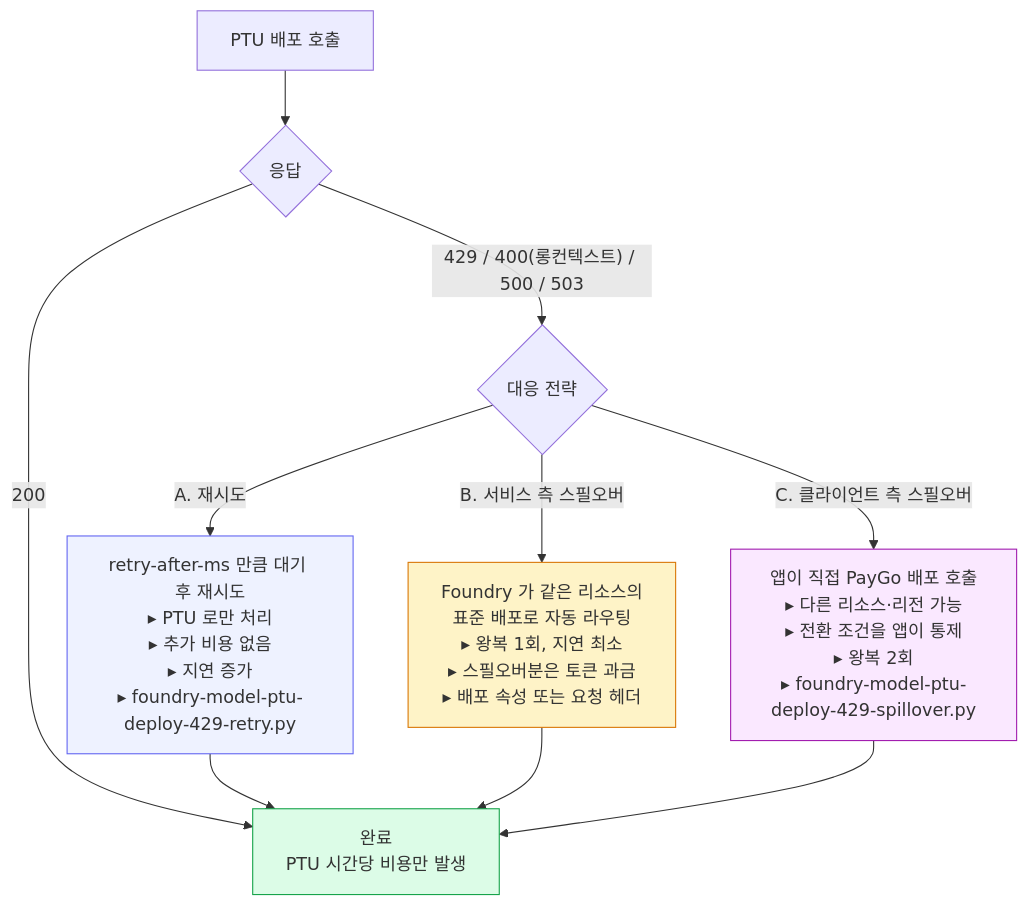
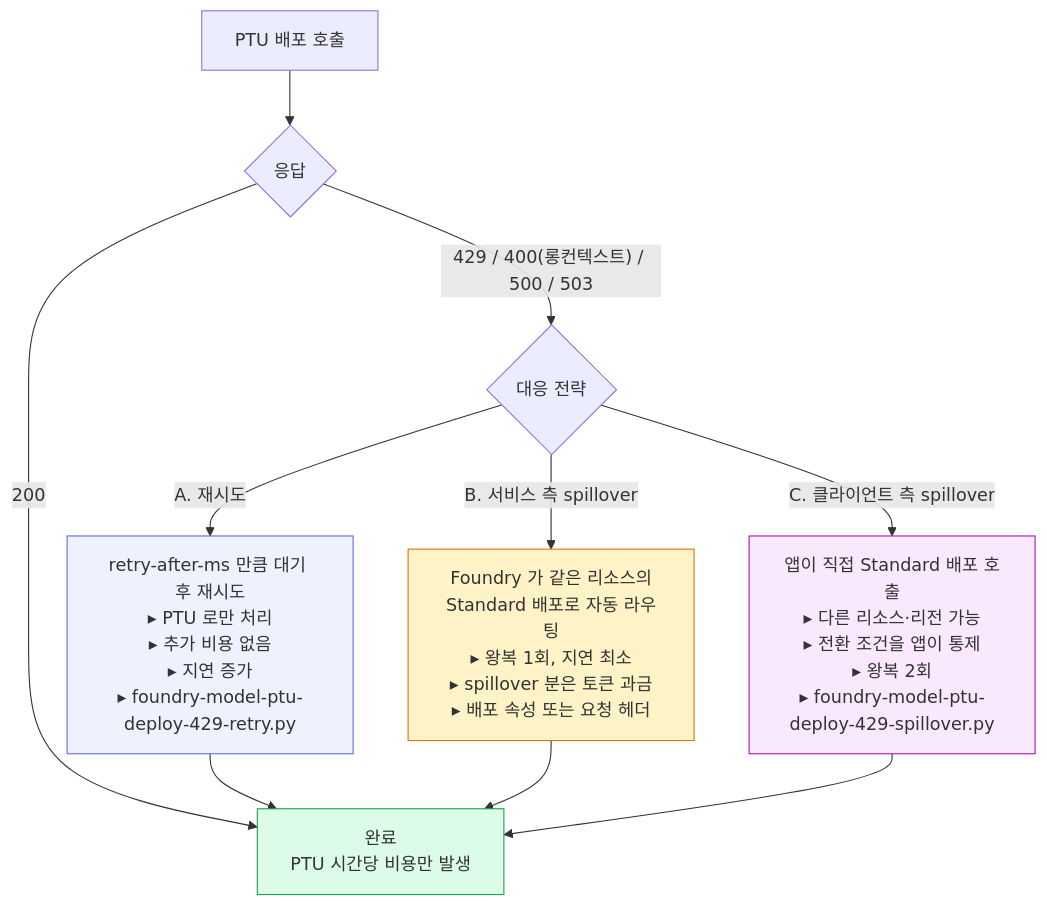
One commit to ivorycloud1013/lab-azure-guide-foundry-ptu changed the sixth of 6 diagrams in README.md. Above: the diagram before and after it, drawn with Mermaid. The commit also changed other lines of this file, not shown here.

````diff
--- a/README.md
+++ b/README.md
@@ -431,19 +407,19 @@
 ```mermaid
 flowchart TB
     Start["PTU 배포 호출"] --> Code{"응답"}
     Code -->|"200"| Done["완료<br/>PTU 시간당 비용만 발생"]
     Code -->|"429 / 400(롱컨텍스트) / 500 / 503"| Strat{"대응 전략"}
 
     Strat -->|"A. 재시도"| A["retry-after-ms 만큼 대기 후 재시도<br/>▸ PTU 로만 처리<br/>▸ 추가 비용 없음<br/>▸ 지연 증가<br/>▸ foundry-model-ptu-deploy-429-retry.py"]
-    Strat -->|"B. 서비스 측 스필오버"| B["Foundry 가 같은 리소스의<br/>표준 배포로 자동 라우팅<br/>▸ 왕복 1회, 지연 최소<br/>▸ 스필오버분은 토큰 과금<br/>▸ 배포 속성 또는 요청 헤더"]
-    Strat -->|"C. 클라이언트 측 스필오버"| C["앱이 직접 PayGo 배포 호출<br/>▸ 다른 리소스·리전 가능<br/>▸ 전환 조건을 앱이 통제<br/>▸ 왕복 2회<br/>▸ foundry-model-ptu-deploy-429-spillover.py"]
+    Strat -->|"B. 서비스 측 spillover"| B["Foundry 가 같은 리소스의<br/>Standard 배포로 자동 라우팅<br/>▸ 왕복 1회, 지연 최소<br/>▸ spillover 분은 토큰 과금<br/>▸ 배포 속성 또는 요청 헤더"]
+    Strat -->|"C. 클라이언트 측 spillover"| C["앱이 직접 Standard 배포 호출<br/>▸ 다른 리소스·리전 가능<br/>▸ 전환 조건을 앱이 통제<br/>▸ 왕복 2회<br/>▸ foundry-model-ptu-deploy-429-spillover.py"]
 
     A --> Done
     B --> Done
     C --> Done
 
     style Done fill:#dcfce7,stroke:#16a34a
     style A fill:#eef2ff,stroke:#6366f1
     style B fill:#fef3c7,stroke:#d97706
     style C fill:#fae8ff,stroke:#a21caf
 ```
````
